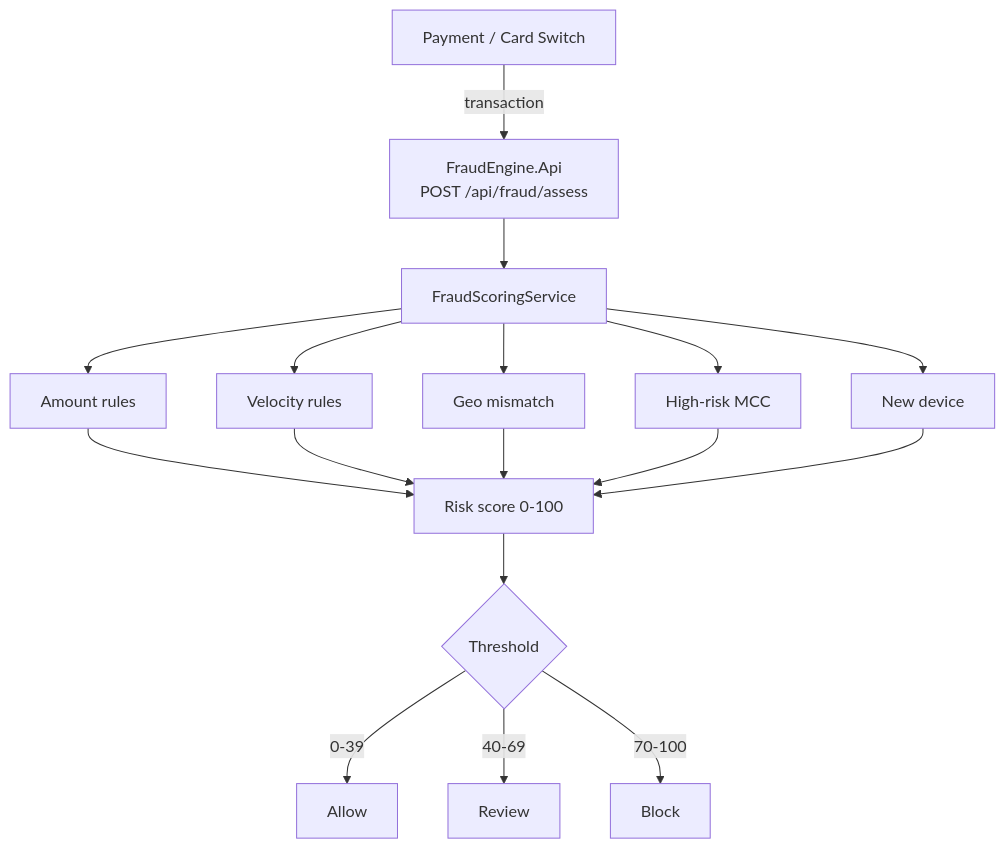
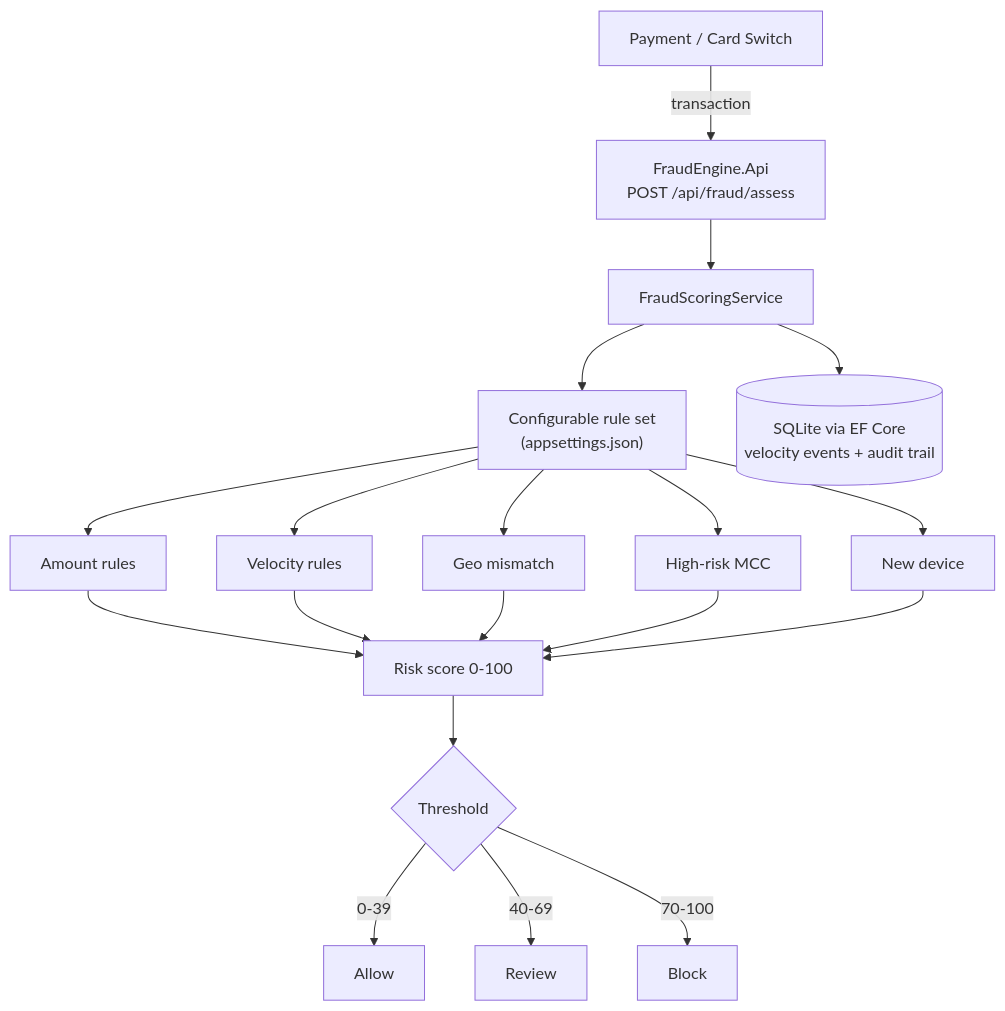
Before and after one commit to Dedmoo/TransactionFraudEngine: the diagram in README.md, drawn with Mermaid. The commit also changed other lines of this file and 23 other files, not shown here.

Commit message:
feat: durable fraud audit store, configurable rules, Docker, CI

````diff
--- a/README.md
+++ b/README.md
@@ -9,19 +12,21 @@
 ```mermaid
 flowchart TD
     Switch["Payment / Card Switch"] -->|transaction| API["FraudEngine.Api<br/>POST /api/fraud/assess"]
     API --> Service["FraudScoringService"]
-    Service --> R1["Amount rules"]
-    Service --> R2["Velocity rules"]
-    Service --> R3["Geo mismatch"]
-    Service --> R4["High-risk MCC"]
-    Service --> R5["New device"]
+    Service --> Rules["Configurable rule set<br/>(appsettings.json)"]
+    Rules --> R1["Amount rules"]
+    Rules --> R2["Velocity rules"]
+    Rules --> R3["Geo mismatch"]
+    Rules --> R4["High-risk MCC"]
+    Rules --> R5["New device"]
     R1 --> Score["Risk score 0-100"]
     R2 --> Score
     R3 --> Score
     R4 --> Score
     R5 --> Score
     Score --> Decision{"Threshold"}
     Decision -->|0-39| Allow["Allow"]
     Decision -->|40-69| Review["Review"]
     Decision -->|70-100| Block["Block"]
+    Service --> DB[("SQLite via EF Core<br/>velocity events + audit trail")]
 ```
````
